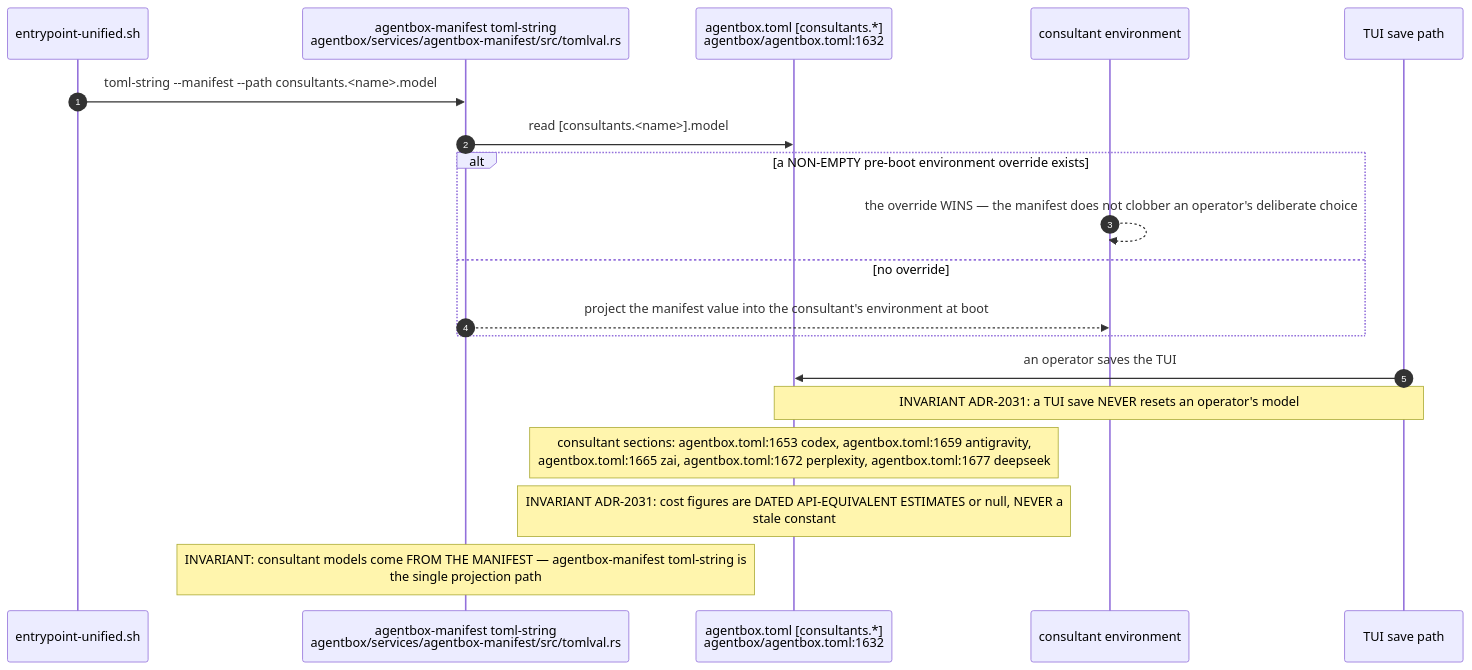
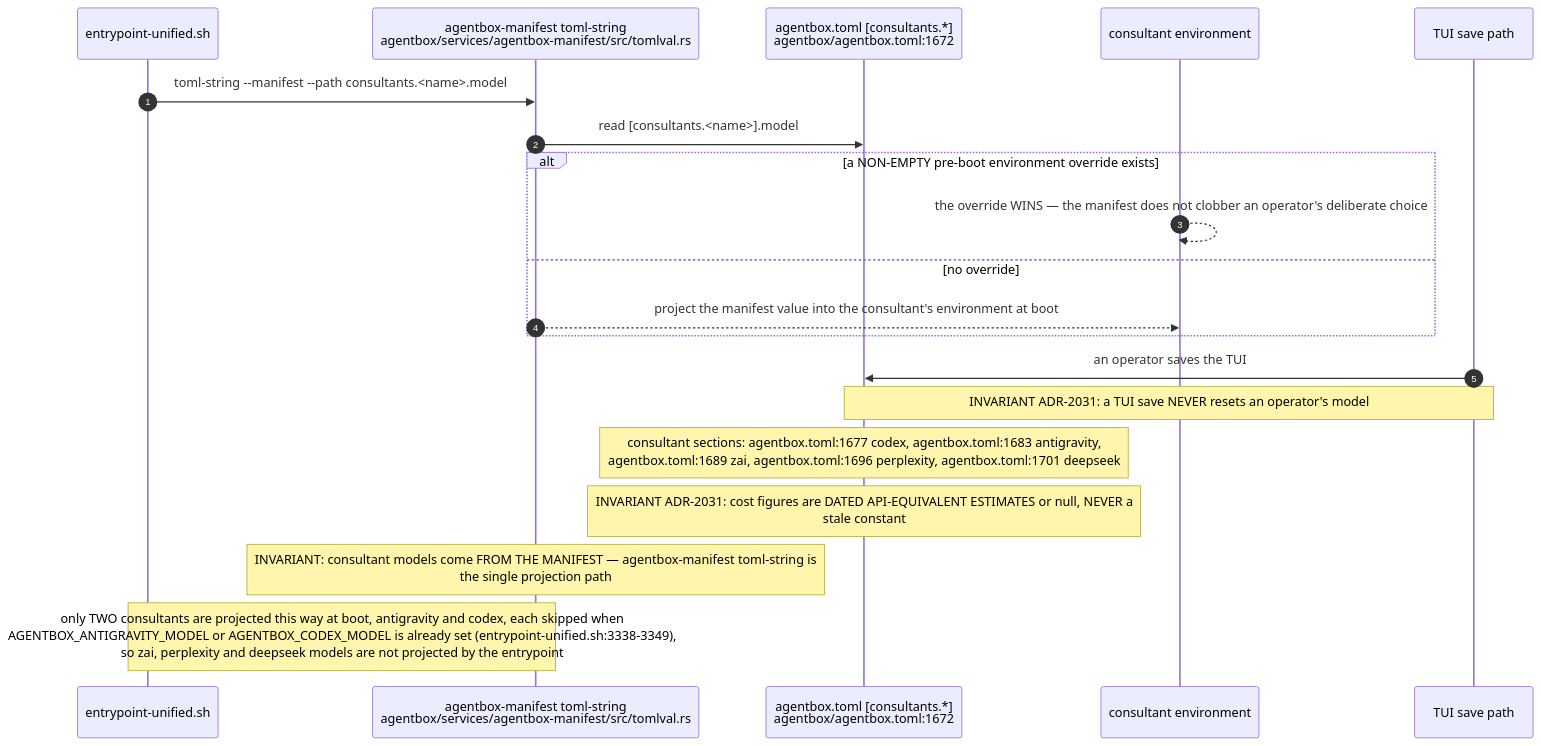
Before and after one commit to DreamLab-AI/VisionFlow: the third of 10 diagrams in docs/diagrams/agentbox/28-agentbox-services-and-manifest-binary.md, drawn with Mermaid. The commit also changed other lines of this file and 173 other files, not shown here.

````diff
--- a/docs/diagrams/agentbox/28-agentbox-services-and-manifest-binary.md
+++ b/docs/diagrams/agentbox/28-agentbox-services-and-manifest-binary.md
@@ -190,22 +192,23 @@
 ```mermaid
 sequenceDiagram
     autonumber
     participant EP as entrypoint-unified.sh
     participant BIN as agentbox-manifest toml-string<br/>agentbox/services/agentbox-manifest/src/tomlval.rs
-    participant TOML as agentbox.toml [consultants.*]<br/>agentbox/agentbox.toml:1632
+    participant TOML as agentbox.toml [consultants.*]<br/>agentbox/agentbox.toml:1672
     participant ENV as consultant environment
     participant TUI as TUI save path
 
     EP->>BIN: toml-string --manifest --path consultants.<name>.model
     BIN->>TOML: read [consultants.<name>].model
     alt a NON-EMPTY pre-boot environment override exists
         ENV-->>ENV: the override WINS — the manifest does not clobber an operator's deliberate choice
     else no override
         BIN-->>ENV: project the manifest value into the consultant's environment at boot
     end
     TUI->>TOML: an operator saves the TUI
     Note over TUI,TOML: INVARIANT ADR-2031: a TUI save NEVER resets an operator's model
-    Note over TOML: consultant sections: agentbox.toml:1653 codex, agentbox.toml:1659 antigravity,<br/>agentbox.toml:1665 zai, agentbox.toml:1672 perplexity, agentbox.toml:1677 deepseek
+    Note over TOML: consultant sections: agentbox.toml:1677 codex, agentbox.toml:1683 antigravity,<br/>agentbox.toml:1689 zai, agentbox.toml:1696 perplexity, agentbox.toml:1701 deepseek
     Note over TOML: INVARIANT ADR-2031: cost figures are DATED API-EQUIVALENT ESTIMATES or null, NEVER a<br/>stale constant
     Note over BIN: INVARIANT: consultant models come FROM THE MANIFEST — agentbox-manifest toml-string is<br/>the single projection path
+    Note over EP,BIN: only TWO consultants are projected this way at boot, antigravity and codex, each skipped when<br/>AGENTBOX_ANTIGRAVITY_MODEL or AGENTBOX_CODEX_MODEL is already set (entrypoint-unified.sh:3338-3349),<br/>so zai, perplexity and deepseek models are not projected by the entrypoint
 ```
````
